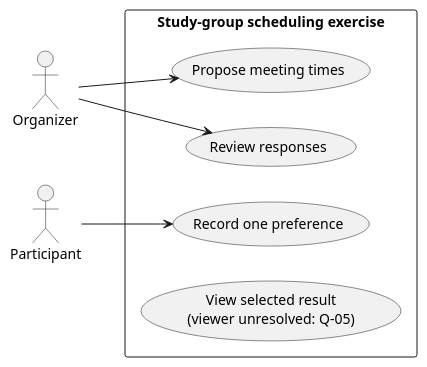
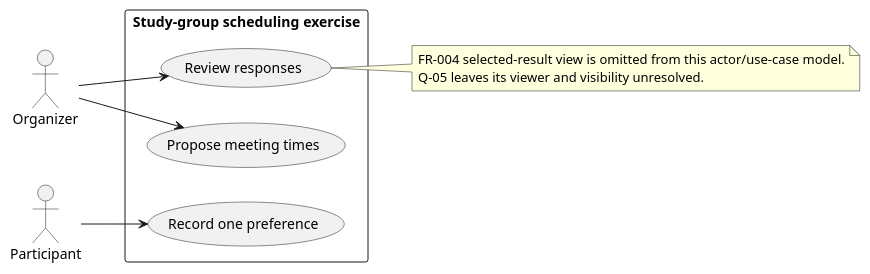
The first of 3 diagrams in docs/curriculum/samples/group-05-plantuml-behavior.md (MahmoudAlmodalal/Ai_agents), drawn with PlantUML before and after one commit. The commit also changed other lines of this file and 6 other files, not shown here.

````diff
--- a/docs/curriculum/samples/group-05-plantuml-behavior.md
+++ b/docs/curriculum/samples/group-05-plantuml-behavior.md
@@ -17,16 +17,19 @@
 ```plantuml
 @startuml
 left to right direction
 actor Organizer
 actor Participant
 rectangle "Study-group scheduling exercise" {
   usecase "Propose meeting times" as UC1
   usecase "Record one preference" as UC2
   usecase "Review responses" as UC3
-  usecase "View selected result\n(viewer unresolved: Q-05)" as UC4
 }
 Organizer --> UC1
 Organizer --> UC3
 Participant --> UC2
+note right of UC3
+  FR-004 selected-result view is omitted from this actor/use-case model.
+  Q-05 leaves its viewer and visibility unresolved.
+end note
 @enduml
 ```
````
